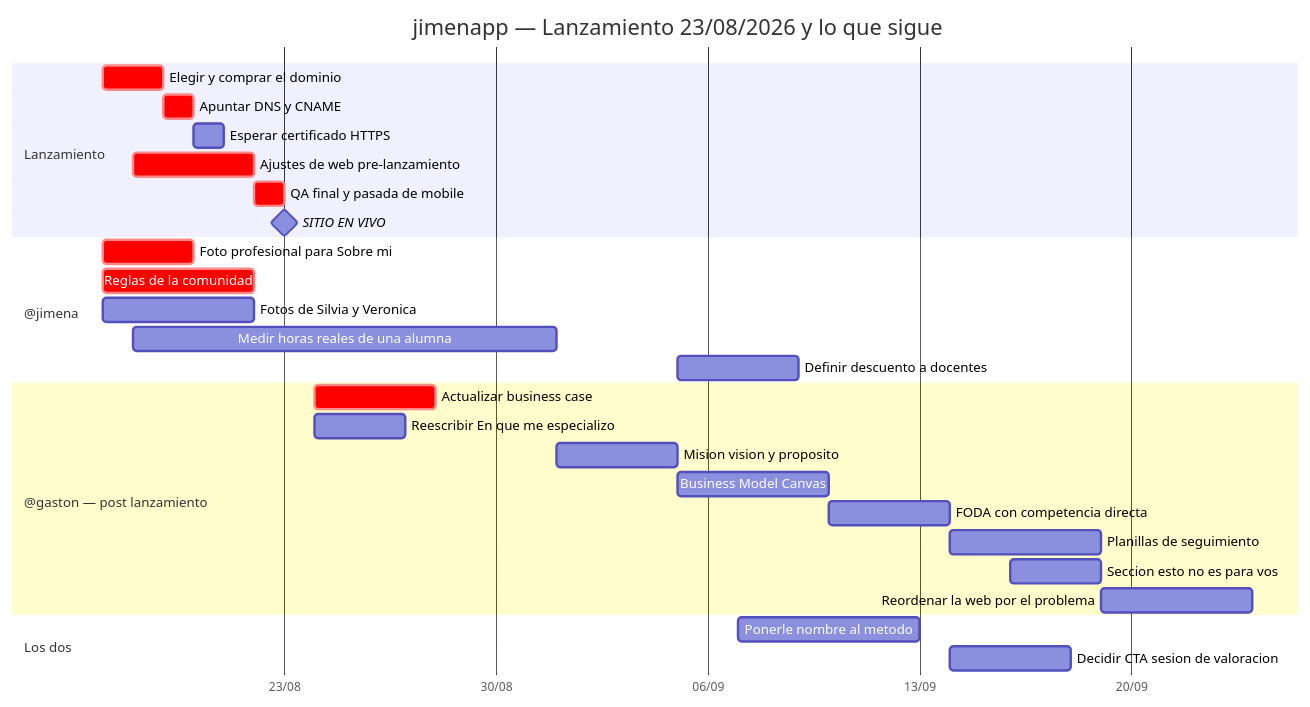
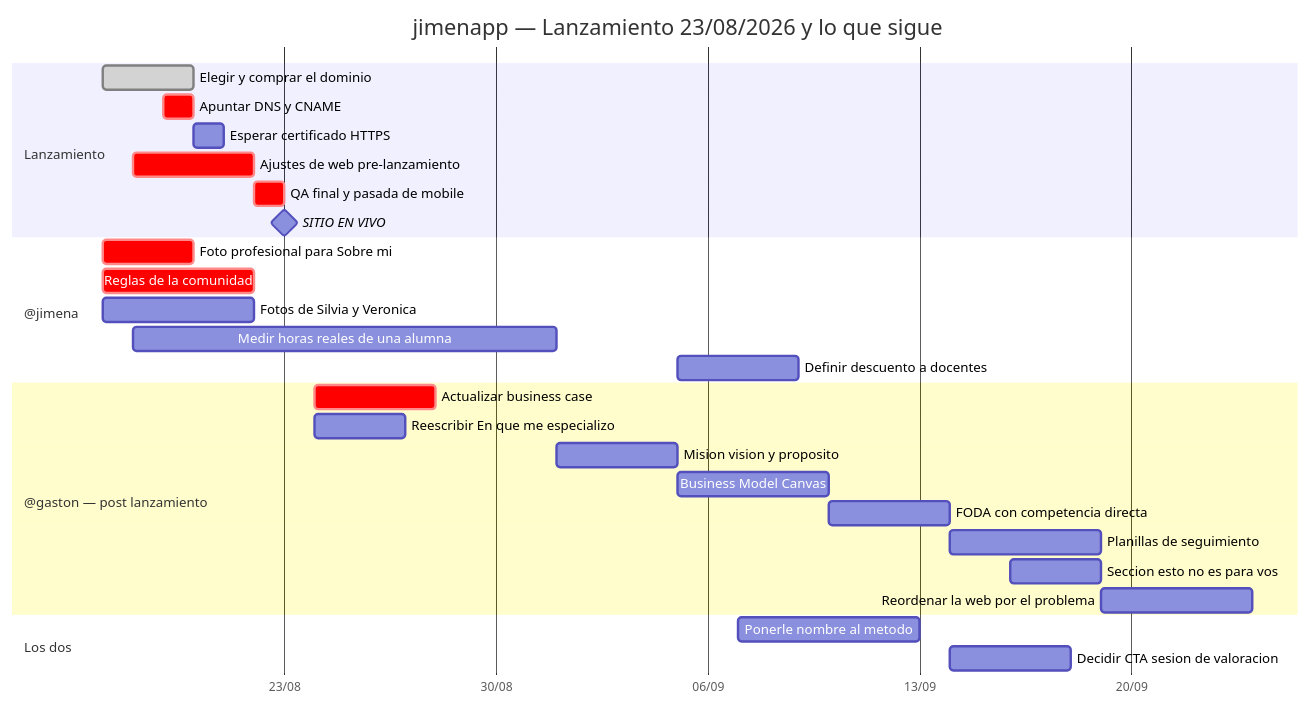
The diagram in gantt.md (gaston-perez-art/jimenapp), drawn with Mermaid before and after one commit. The commit also changed other lines of this file and 4 other files, not shown here.

````diff
--- a/gantt.md
+++ b/gantt.md
@@ -15,36 +15,36 @@
 ```mermaid
 gantt
     title jimenapp — Lanzamiento 23/08/2026 y lo que sigue
     dateFormat YYYY-MM-DD
     axisFormat %d/%m
     todayMarker stroke-width:3px,stroke:#9D3A57
 
     section Lanzamiento
-    Elegir y comprar el dominio          :crit, l1, 2026-08-17, 2d
-    Apuntar DNS y CNAME                  :crit, l2, after l1, 1d
+    Elegir y comprar el dominio          :done, l1, 2026-08-17, 3d
+    Apuntar DNS y CNAME                  :crit, l2, 2026-08-19, 1d
     Esperar certificado HTTPS            :l3, after l2, 1d
     Ajustes de web pre-lanzamiento       :crit, l4, 2026-08-18, 4d
     QA final y pasada de mobile          :crit, l5, 2026-08-22, 1d
     SITIO EN VIVO                        :milestone, l6, 2026-08-23, 0d
 
     section @jimena
     Foto profesional para Sobre mi       :crit, j1, 2026-08-17, 3d
     Reglas de la comunidad               :crit, j2, 2026-08-17, 5d
     Fotos de Silvia y Veronica           :j3, 2026-08-17, 5d
     Medir horas reales de una alumna     :j4, 2026-08-18, 14d
     Definir descuento a docentes         :j5, 2026-09-05, 4d
 
     section @gaston — post lanzamiento
     Actualizar business case             :crit, g1, 2026-08-24, 4d
     Reescribir En que me especializo     :g2, 2026-08-24, 3d
     Mision vision y proposito            :g3, 2026-09-01, 4d
     Business Model Canvas                :g4, after g3, 5d
     FODA con competencia directa         :g5, after g4, 4d
     Planillas de seguimiento             :g6, 2026-09-14, 5d
     Seccion esto no es para vos          :g7, 2026-09-16, 3d
     Reordenar la web por el problema     :g8, 2026-09-19, 5d
 
     section Los dos
     Ponerle nombre al metodo             :d1, 2026-09-07, 6d
     Decidir CTA sesion de valoracion     :d2, 2026-09-14, 4d
 ```
````
